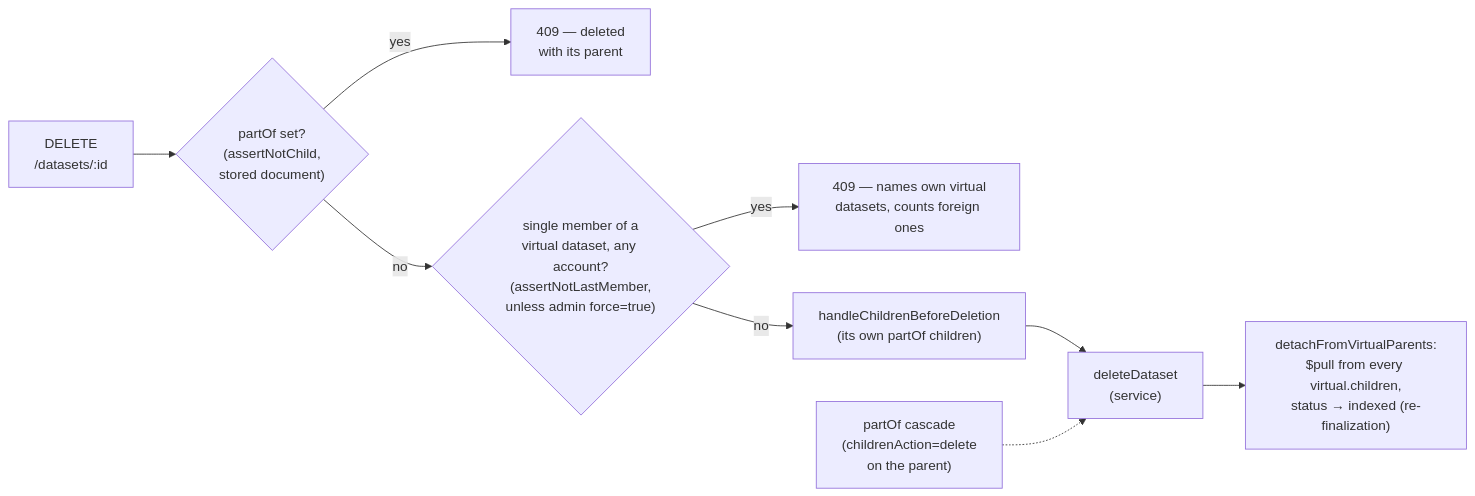
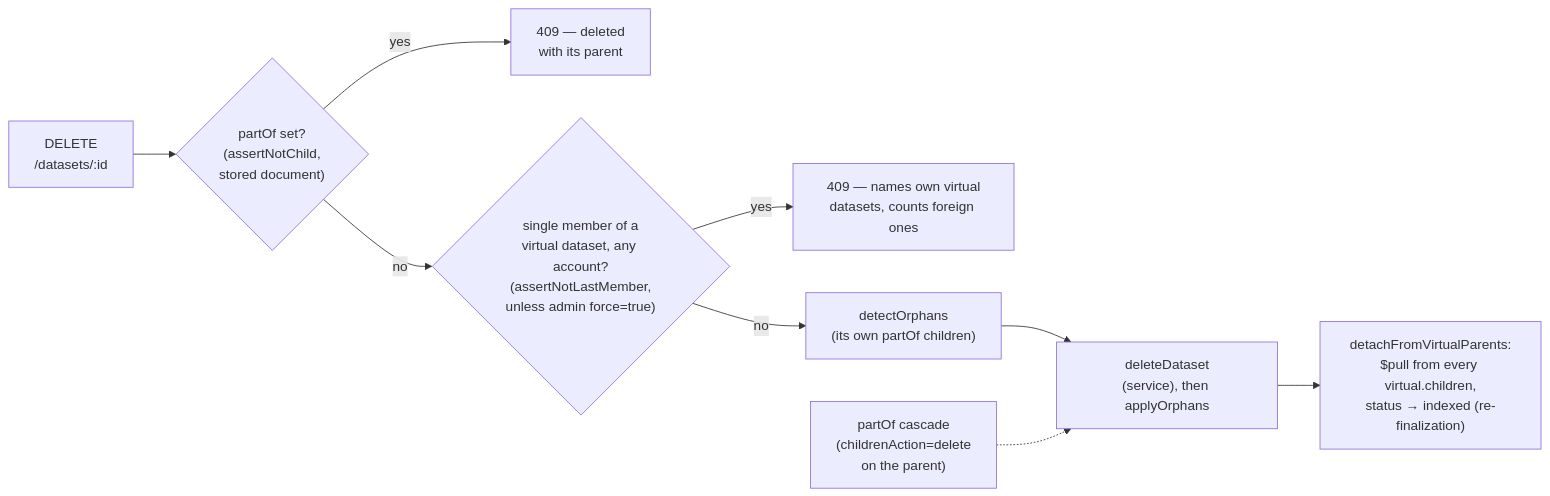
The fourth of 4 diagrams in docs/architecture/part-of.md (data-fair/data-fair), drawn with Mermaid before and after one commit. The commit also changed other lines of this file and 26 other files, not shown here.

````diff
--- a/docs/architecture/part-of.md
+++ b/docs/architecture/part-of.md
@@ -141,11 +143,11 @@
 ```mermaid
 flowchart LR
     DEL["DELETE\n/datasets/:id"] --> G1{"partOf set?\n(assertNotChild,\nstored document)"}
     G1 -->|yes| E1["409 — deleted\nwith its parent"]
     G1 -->|no| G2{"single member of a\nvirtual dataset, any account?\n(assertNotLastMember,\nunless admin force=true)"}
     G2 -->|yes| E2["409 — names own virtual\ndatasets, counts foreign ones"]
-    G2 -->|no| G3["handleChildrenBeforeDeletion\n(its own partOf children)"]
-    G3 --> S["deleteDataset\n(service)"]
+    G2 -->|no| G3["detectOrphans\n(its own partOf children)"]
+    G3 --> S["deleteDataset\n(service), then applyOrphans"]
     S --> P["detachFromVirtualParents:\n$pull from every virtual.children,\nstatus → indexed (re-finalization)"]
     C["partOf cascade\n(childrenAction=delete\non the parent)"] -.-> S
 ```
````
